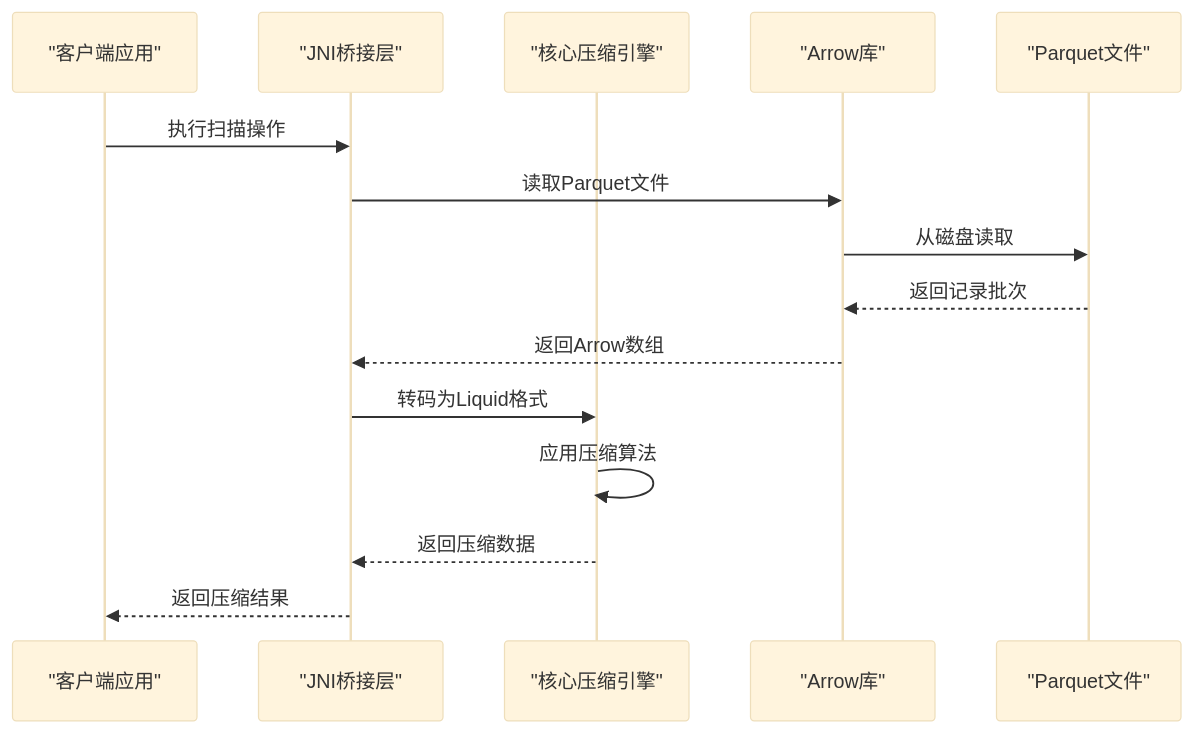
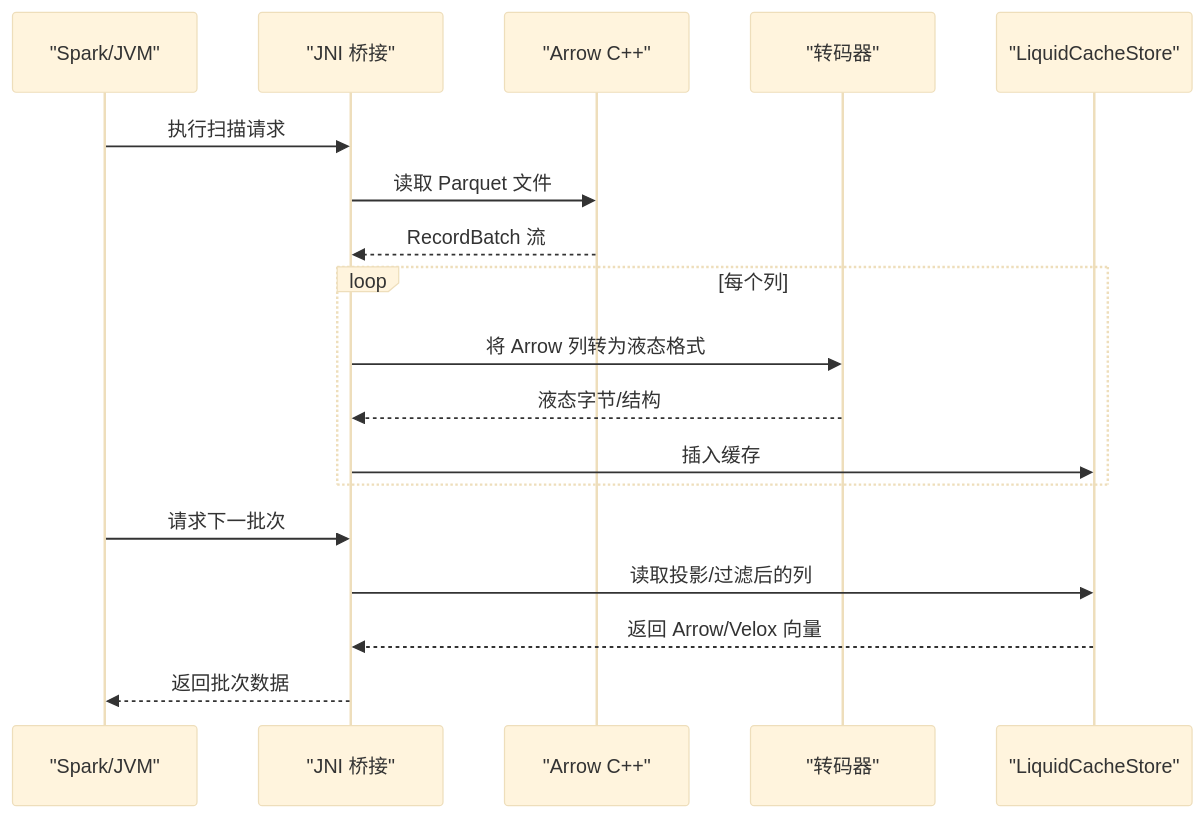
The second of 7 diagrams in .qoder/repowiki/zh/content/项目概述.md (tenglei/liquidCacheVelox), drawn with Mermaid (base theme) before and after one commit. The commit also changed other lines of this file and 324 other files, not shown here.

First line of the commit message:
feat: Velox integration - liquid_velox_benchmark, liquid_to_velox, tests, and build artifacts

````diff
--- a/.qoder/repowiki/zh/content/项目概述.md
+++ b/.qoder/repowiki/zh/content/项目概述.md
@@ -200,17 +112,20 @@
 ```mermaid
 sequenceDiagram
-participant Client as "客户端应用"
-participant JNI as "JNI桥接层"
-participant Core as "核心压缩引擎"
-participant Arrow as "Arrow库"
-participant Parquet as "Parquet文件"
-Client->>JNI : 执行扫描操作
-JNI->>Arrow : 读取Parquet文件
-Arrow->>Parquet : 从磁盘读取
-Parquet-->>Arrow : 返回记录批次
-Arrow-->>JNI : 返回Arrow数组
-JNI->>Core : 转码为Liquid格式
-Core->>Core : 应用压缩算法
-Core-->>JNI : 返回压缩数据
-JNI-->>Client : 返回压缩结果
+participant SPARK as "Spark/JVM"
+participant JNI as "JNI 桥接"
+participant ARROW as "Arrow C++"
+participant TRANS as "转码器"
+participant STORE as "LiquidCacheStore"
+SPARK->>JNI : 执行扫描请求
+JNI->>ARROW : 读取 Parquet 文件
+ARROW-->>JNI : RecordBatch 流
+loop 每个列
+JNI->>TRANS : 将 Arrow 列转为液态格式
+TRANS-->>JNI : 液态字节/结构
+JNI->>STORE : 插入缓存
+end
+SPARK->>JNI : 请求下一批次
+JNI->>STORE : 读取投影/过滤后的列
+STORE-->>JNI : 返回 Arrow/Velox 向量
+JNI-->>SPARK : 返回批次数据
 ```
````
